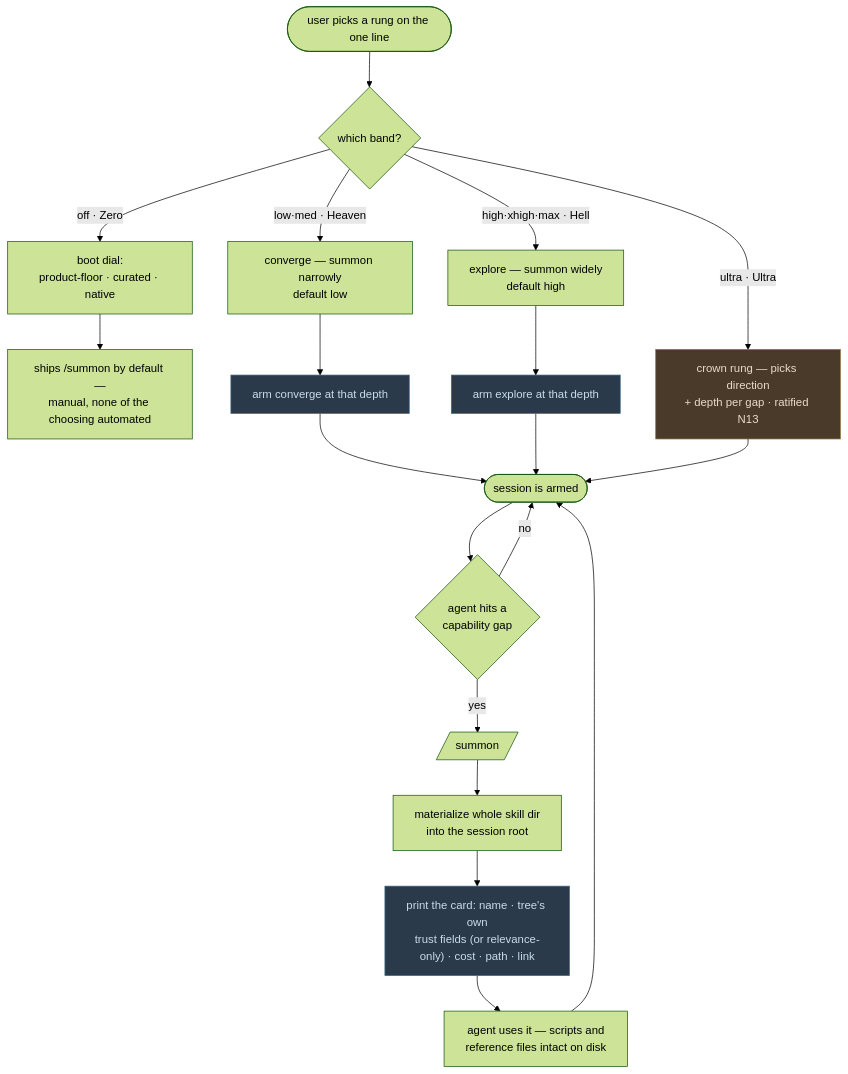
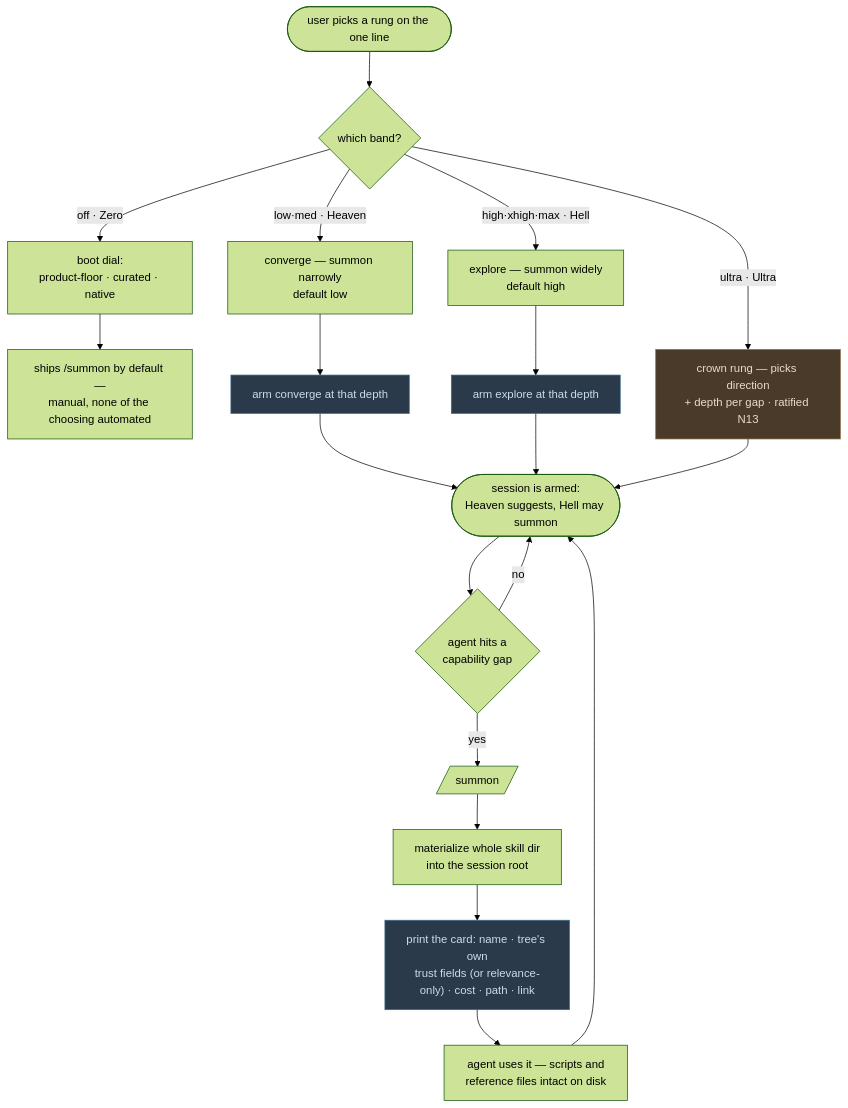
The diagram in docs/LADDER-FLOW.md (gaia-research/gaia-skill-heaven), drawn with Mermaid (forest theme) before and after one commit. The commit also changed other lines of this file and 28 other files, not shown here.

````diff
--- a/docs/LADDER-FLOW.md
+++ b/docs/LADDER-FLOW.md
@@ -194,32 +194,32 @@
 ```mermaid
 flowchart TD
     A([user picks a rung on the one line]) --> B{which band?}
 
     B -->|off · Zero| Z[boot dial:<br/>product-floor · curated · native]
     Z --> Z2["`ships /summon by default —<br/>manual, none of the choosing automated`"]
 
     B -->|low·med · Heaven| E["`converge — summon narrowly<br/>default low`"]
     E --> F[arm converge at that depth]
 
     B -->|high·xhigh·max · Hell| K["`explore — summon widely<br/>default high`"]
     K --> L[arm explore at that depth]
 
     B -->|ultra · Ultra| U["`crown rung — picks direction<br/>+ depth per gap · ratified N13`"]
 
-    F --> O([session is armed])
+    F --> O([session is armed:<br/>Heaven suggests, Hell may summon])
     L --> O
     U --> O
     O --> P{agent hits a<br/>capability gap}
     P -->|yes| Q[/summon/]
     P -->|no| O
 
     Q --> R[materialize whole skill dir<br/>into the session root]
     R --> S["`print the card: name · tree's own<br/>trust fields (or relevance-only) · cost · path · link`"]
     S --> T[agent uses it — scripts and<br/>reference files intact on disk]
     T --> O
 
     style U fill:#4a3a2a,stroke:#8a6a3a,color:#e8dcc8
     style F fill:#2a3a4a,stroke:#3a6a8a,color:#c8dce8
     style L fill:#2a3a4a,stroke:#3a6a8a,color:#c8dce8
     style S fill:#2a3a4a,stroke:#3a6a8a,color:#c8dce8
 ```
````
